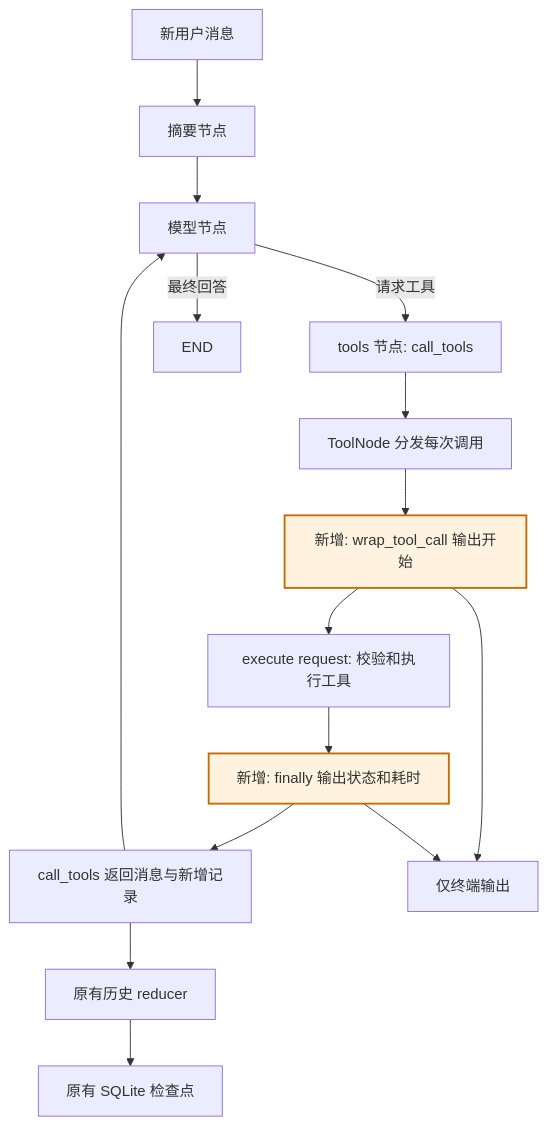
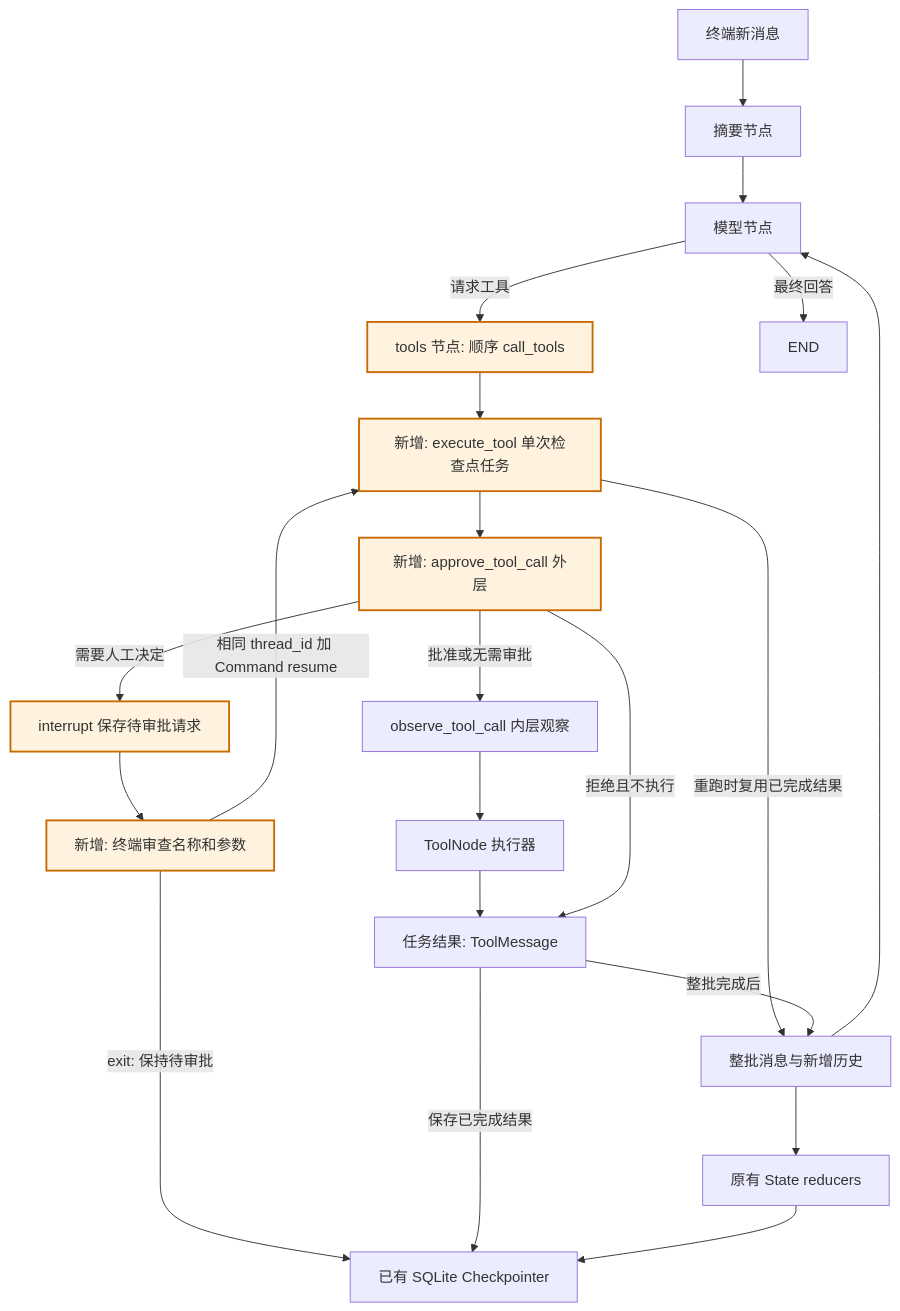
Before and after one commit to HarryXiong24/agents: the seventh of 7 diagrams in src/agent_apps/todo_list_assistant_agent/docs/VERSIONS.zh-CN.md, drawn with Mermaid. The commit also changed other lines of this file and 13 other files, not shown here.

````diff
--- a/src/agent_apps/todo_list_assistant_agent/docs/VERSIONS.zh-CN.md
+++ b/src/agent_apps/todo_list_assistant_agent/docs/VERSIONS.zh-CN.md
@@ -941,19 +943,25 @@
 ```mermaid
 flowchart TD
-    I[新用户消息] --> S[摘要节点]
+    I[终端新消息] --> S[摘要节点]
     S --> M[模型节点]
-    M -->|请求工具| T[tools 节点: call_tools]
+    M -->|请求工具| T[tools 节点: 顺序 call_tools]
     M -->|最终回答| E[END]
-    T --> N[ToolNode 分发每次调用]
-    N --> B[新增: wrap_tool_call 输出开始]
-    B --> X[execute request: 校验和执行工具]
-    X --> F[新增: finally 输出状态和耗时]
-    F --> U[call_tools 返回消息与新增记录]
+    T --> K[新增: execute_tool 单次检查点任务]
+    K --> H[新增: approve_tool_call 外层]
+    H -->|需要人工决定| P[interrupt 保存待审批请求]
+    P --> C[新增: 终端审查名称和参数]
+    C -->|exit: 保持待审批| DB[已有 SQLite Checkpointer]
+    C -->|相同 thread_id 加 Command resume| K
+    H -->|批准或无需审批| O[observe_tool_call 内层观察]
+    O --> X[ToolNode 执行器]
+    X --> R[任务结果: ToolMessage]
+    H -->|拒绝且不执行| R
+    R -->|保存已完成结果| DB
+    K -->|重跑时复用已完成结果| U[整批消息与新增历史]
+    R -->|整批完成后| U
     U --> M
-    U --> R[原有历史 reducer]
-    R --> CP[原有 SQLite 检查点]
-    B --> C[仅终端输出]
-    F --> C
+    U --> G[原有 State reducers]
+    G --> DB
     classDef changed fill:#fff3df,stroke:#c76a00,stroke-width:2px;
-    class B,F changed;
+    class T,K,H,P,C changed;
 ```
````
